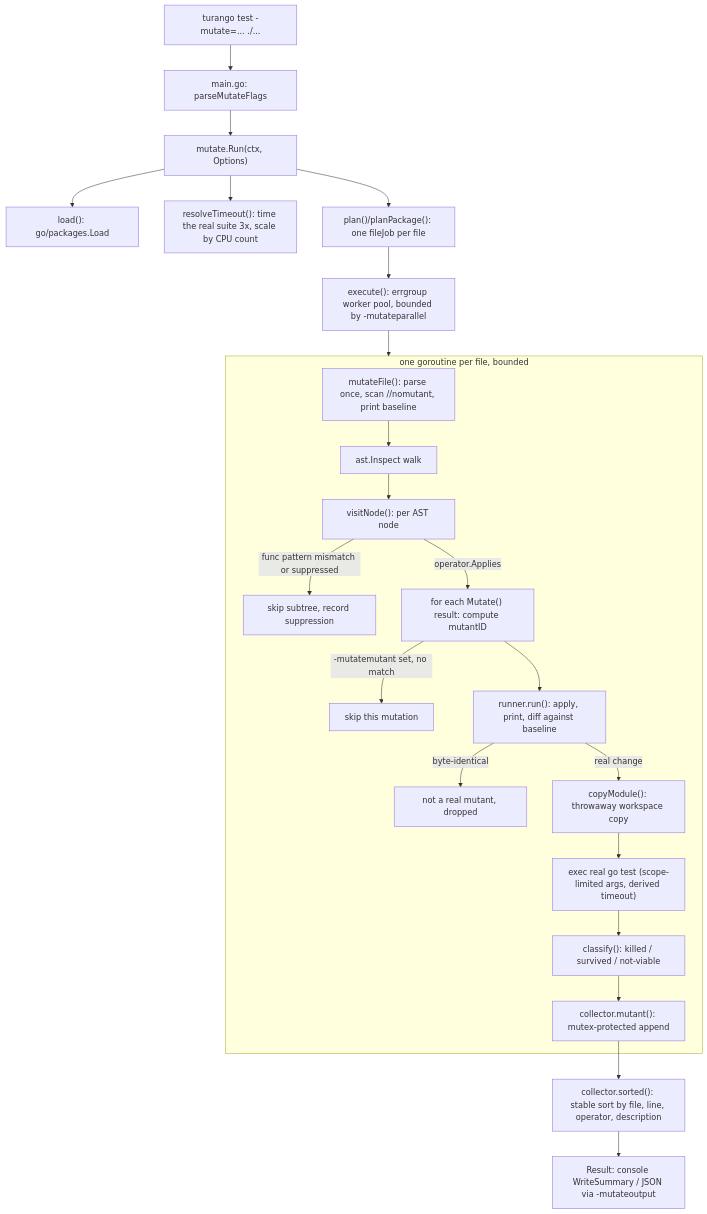
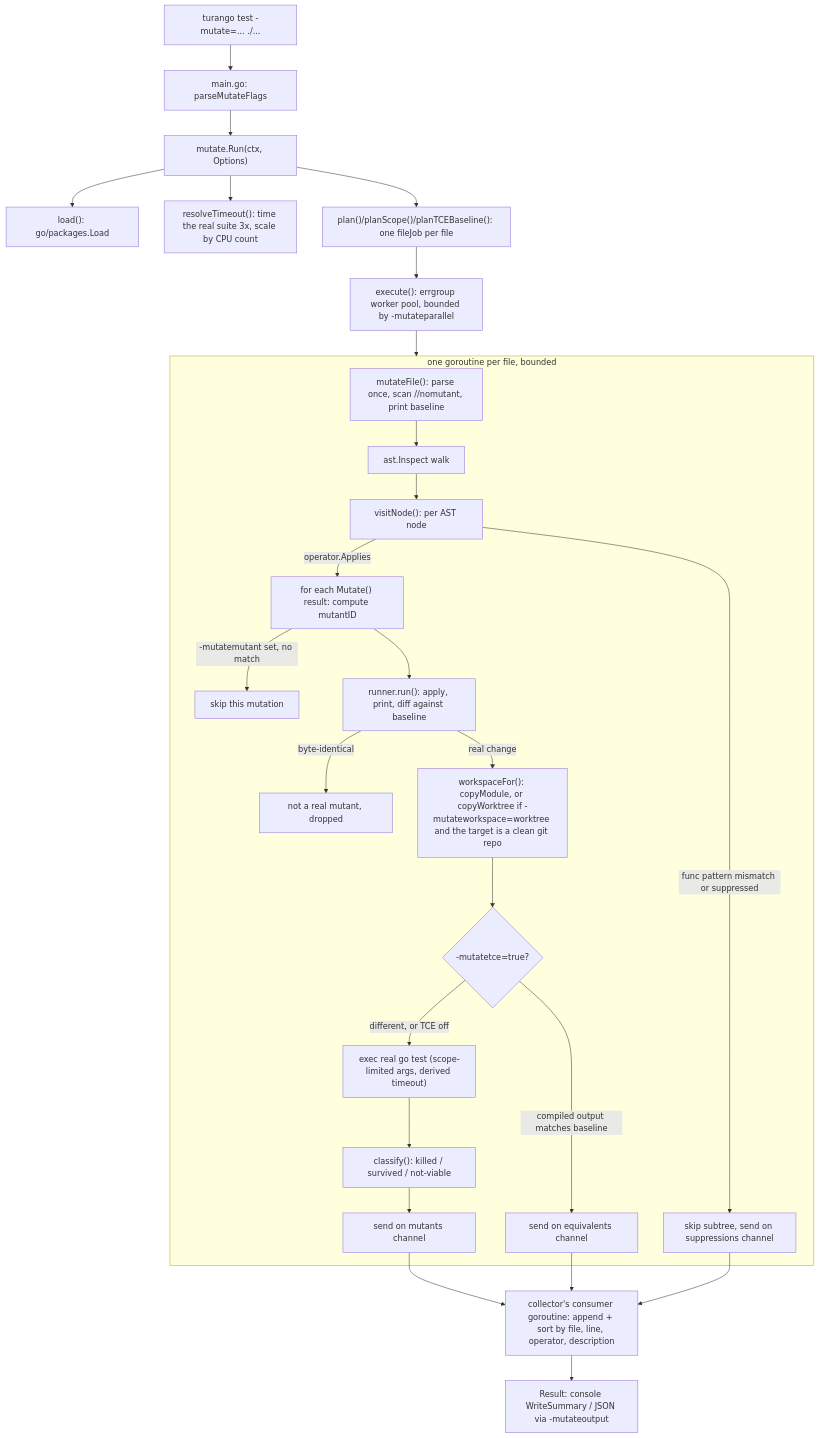
One commit to jh125486/turango changed the diagram in README.md. Above: the diagram before and after it, drawn with Mermaid. The commit also changed other lines of this file and 11 other files, not shown here.

First line of the commit message:
Add dependency-closure workspace copy, git-worktree execution

````diff
--- a/README.md
+++ b/README.md
@@ -171,29 +195,33 @@
 ```mermaid
 flowchart TD
     CLI["turango test -mutate=... ./..."] --> Parse["main.go: parseMutateFlags"]
     Parse --> Run["mutate.Run(ctx, Options)"]
 
     Run --> Load["load(): go/packages.Load"]
     Run --> Baseline["resolveTimeout(): time the real suite 3x, scale by CPU count"]
-    Run --> Plan["plan()/planPackage(): one fileJob per file"]
+    Run --> Plan["plan()/planScope()/planTCEBaseline(): one fileJob per file"]
     Plan --> Pool["execute(): errgroup worker pool, bounded by -mutateparallel"]
 
     subgraph Worker["one goroutine per file, bounded"]
         MF["mutateFile(): parse once, scan //nomutant, print baseline"]
         MF --> Walk["ast.Inspect walk"]
         Walk --> VN["visitNode(): per AST node"]
-        VN -->|func pattern mismatch or suppressed| Skip["skip subtree, record suppression"]
+        VN -->|func pattern mismatch or suppressed| Skip["skip subtree, send on suppressions channel"]
         VN -->|operator.Applies| Mut["for each Mutate() result: compute mutantID"]
         Mut -->|-mutatemutant set, no match| NextMut["skip this mutation"]
         Mut --> RR["runner.run(): apply, print, diff against baseline"]
         RR -->|byte-identical| NoOp["not a real mutant, dropped"]
-        RR -->|real change| Copy["copyModule(): throwaway workspace copy"]
-        Copy --> GoTest["exec real go test (scope-limited args, derived timeout)"]
+        RR -->|real change| Copy["workspaceFor(): copyModule, or copyWorktree if -mutateworkspace=worktree and the target is a clean git repo"]
+        Copy --> TCE{"-mutatetce=true?"}
+        TCE -->|compiled output matches baseline| SendEq["send on equivalents channel"]
+        TCE -->|different, or TCE off| GoTest["exec real go test (scope-limited args, derived timeout)"]
         GoTest --> Classify["classify(): killed / survived / not-viable"]
-        Classify --> Collect["collector.mutant(): mutex-protected append"]
+        Classify --> SendMut["send on mutants channel"]
     end
 
     Pool --> Worker
-    Collect --> Sorted["collector.sorted(): stable sort by file, line, operator, description"]
-    Sorted --> Report["Result: console WriteSummary / JSON via -mutateoutput"]
+    SendMut --> Consumer["collector's consumer goroutine: append + sort by file, line, operator, description"]
+    SendEq --> Consumer
+    Skip --> Consumer
+    Consumer --> Report["Result: console WriteSummary / JSON via -mutateoutput"]
 ```
````
